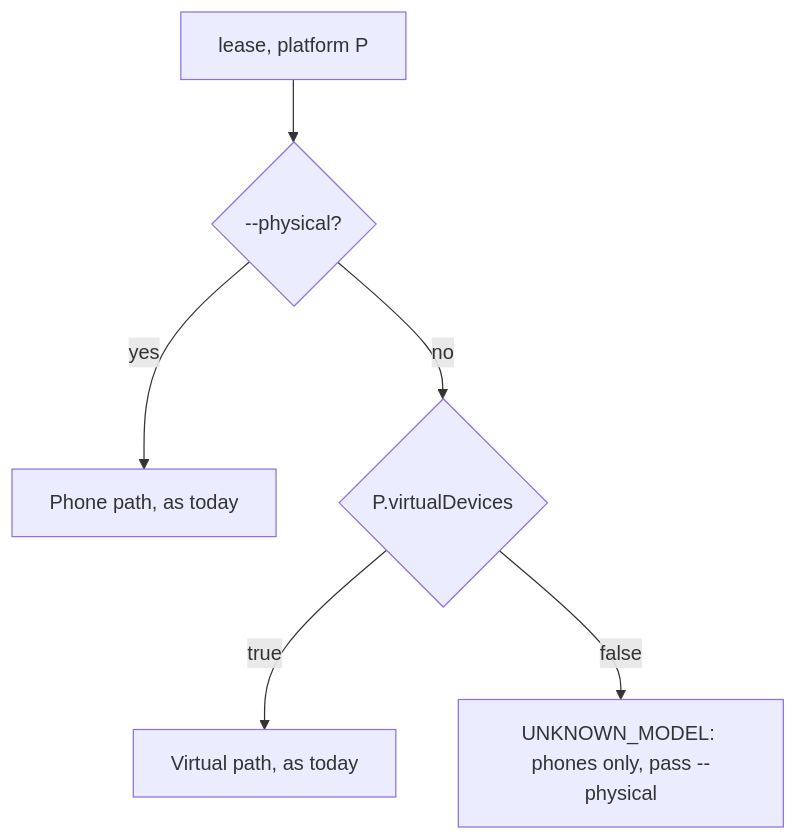
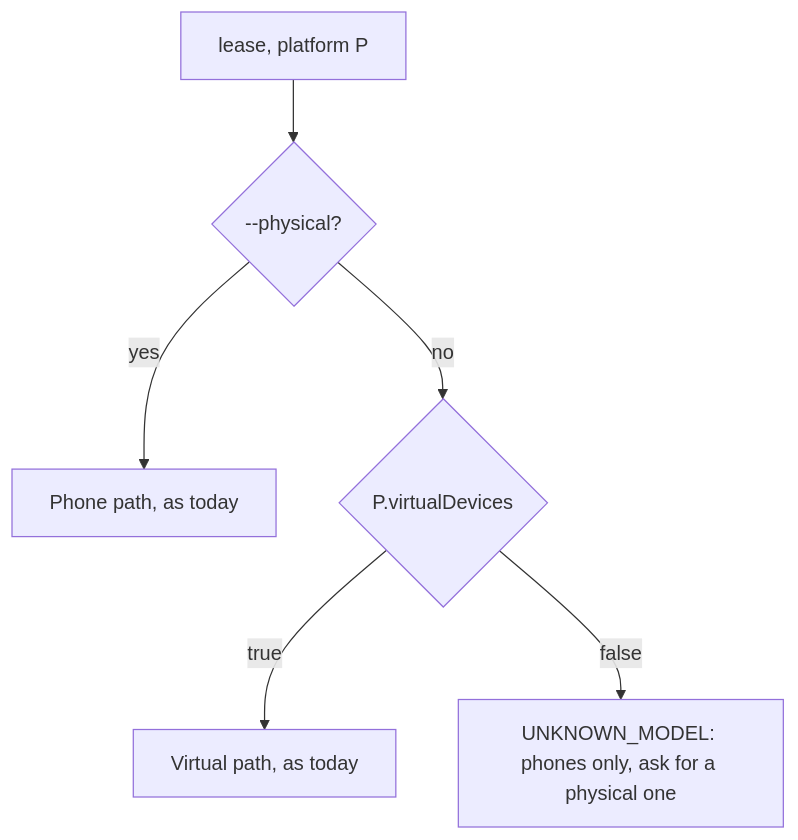
One commit to callstackincubator/simlock changed the diagram in docs/internal/adr/0078-a-worker-may-serve-a-platforms-enrolled-phones-only.md. Above: the diagram before and after it, drawn with Mermaid. The commit also changed other lines of this file, not shown here.

Commit message:
docs(adr): 0078 names both ways to ask for a physical device

````diff
--- a/docs/internal/adr/0078-a-worker-may-serve-a-platforms-enrolled-phones-only.md
+++ b/docs/internal/adr/0078-a-worker-may-serve-a-platforms-enrolled-phones-only.md
@@ -48,8 +49,8 @@
 ```mermaid
 flowchart TD
   R[lease, platform P] --> F{--physical?}
   F -- yes --> P[Phone path, as today]
   F -- no --> K{P.virtualDevices}
   K -- true --> V[Virtual path, as today]
-  K -- false --> X[UNKNOWN_MODEL: phones only, pass --physical]
+  K -- false --> X[UNKNOWN_MODEL: phones only, ask for a physical one]
 ```
````
